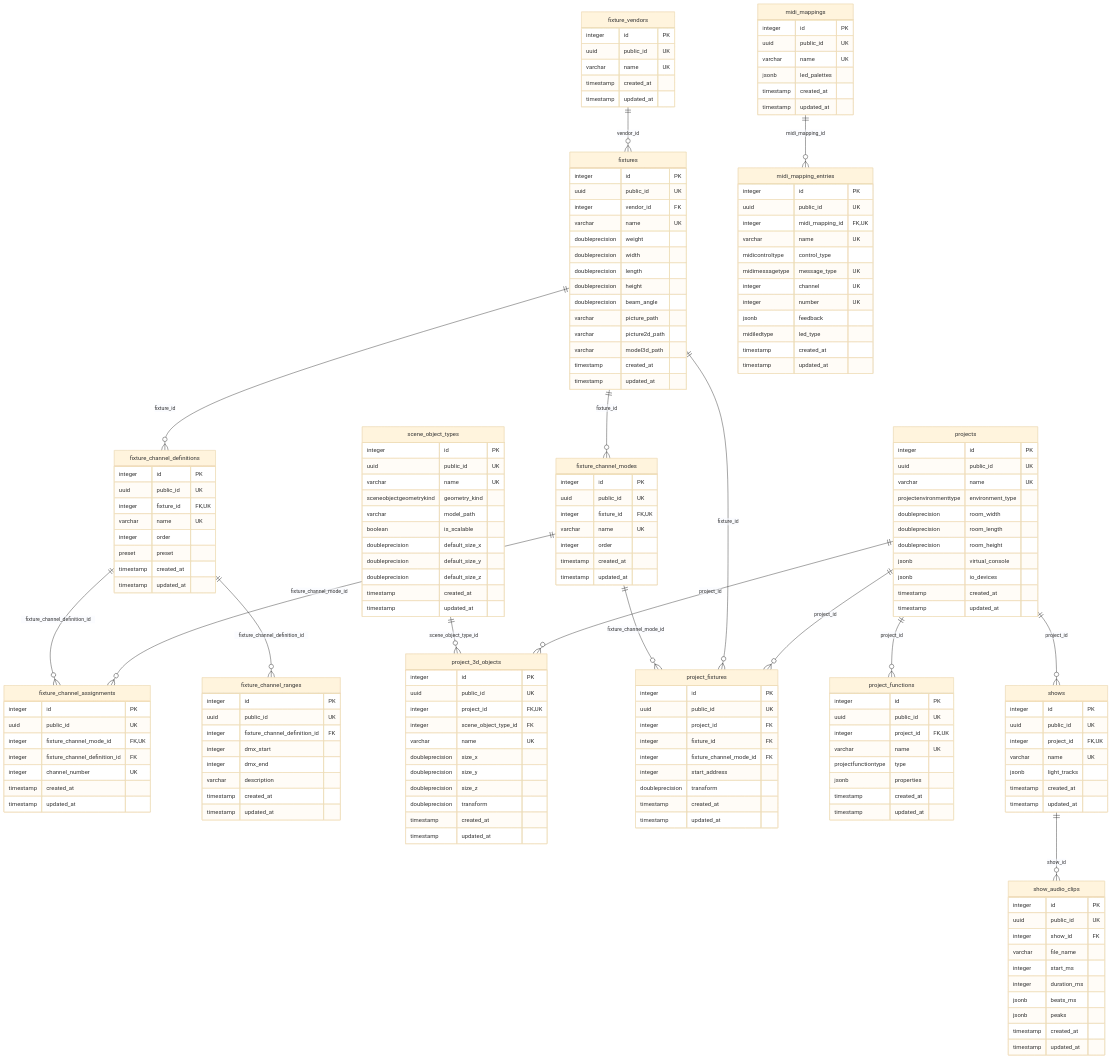
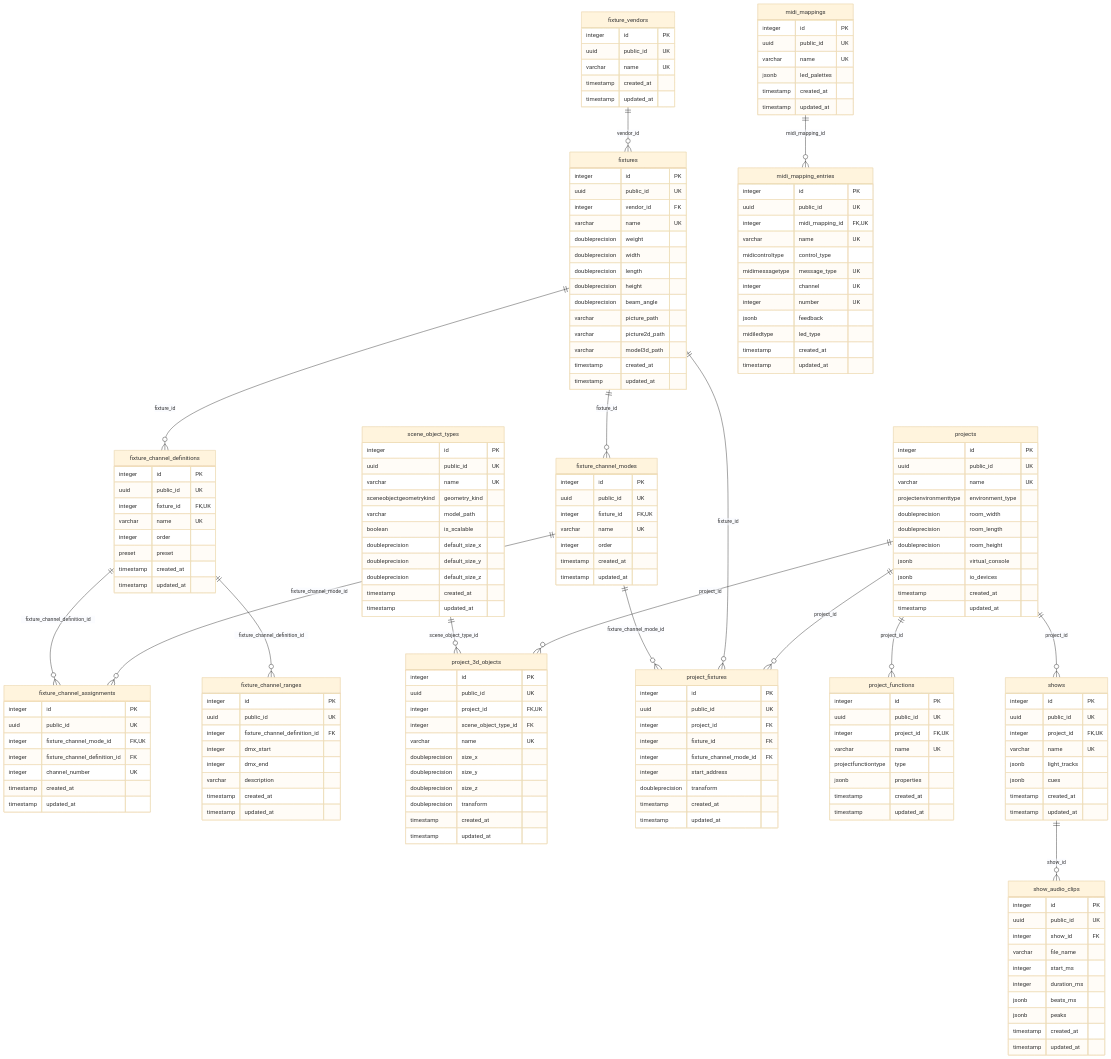
Before and after one commit to hsimpson/dmx-light-control: the diagram in apps/backend/docs/database-schema.md, drawn with Mermaid (base theme). The commit also changed 39 other files, not shown here.

First line of the commit message:
feat(shows): add cue points to the show timeline

```diff
--- a/apps/backend/docs/database-schema.md
+++ b/apps/backend/docs/database-schema.md
@@ -168,6 +168,7 @@
         integer project_id FK,UK
         varchar name UK
         jsonb light_tracks
+        jsonb cues
         timestamp created_at
         timestamp updated_at
     }
```
